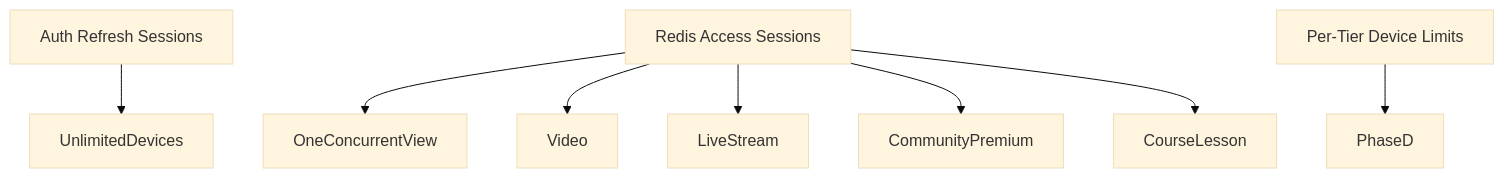
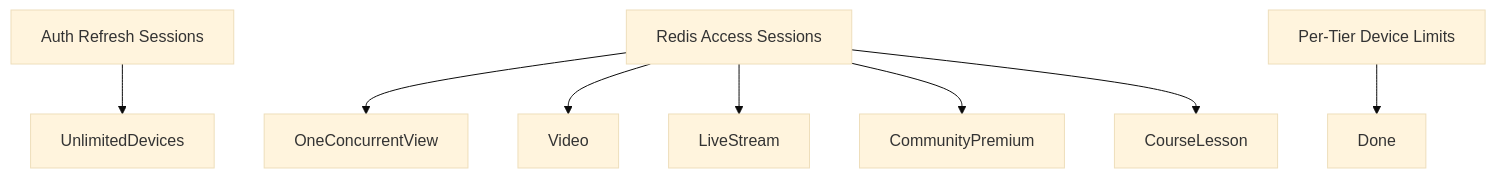
Before and after one commit to Forge-Studios-dev/FORGE: the third of 3 diagrams in docs/COMMUNITY-2.0-IMPLEMENTATION.md, drawn with Mermaid (base theme). The commit also changed other lines of this file and 98 other files, not shown here.

First line of the commit message:
feat(community): ship Community 2.0 roadmap waves H–K

````diff
--- a/docs/COMMUNITY-2.0-IMPLEMENTATION.md
+++ b/docs/COMMUNITY-2.0-IMPLEMENTATION.md
@@ -273,10 +276,10 @@
 ```mermaid
 flowchart TD
   LoginSessions[Auth Refresh Sessions] --> UnlimitedDevices
   PremiumSessions[Redis Access Sessions] --> OneConcurrentView
   PremiumSessions --> Video
   PremiumSessions --> LiveStream
   PremiumSessions --> CommunityPremium
   PremiumSessions --> CourseLesson
-  PerTierCaps[Per-Tier Device Limits] --> PhaseD
+  PerTierCaps[Per-Tier Device Limits] --> Done
 ```
````
